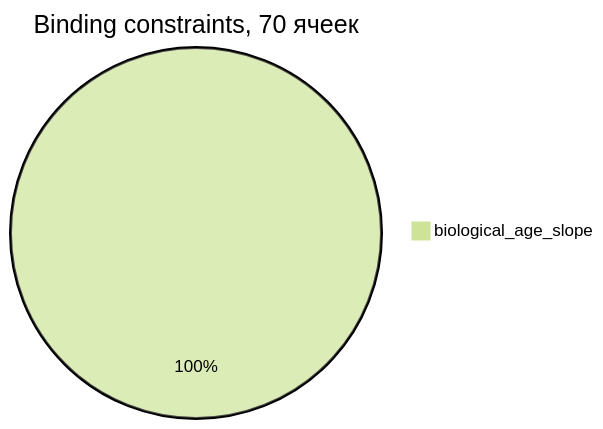
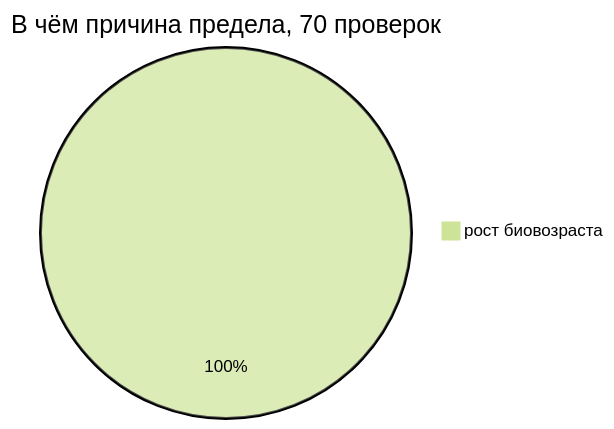
Before and after one commit to VohminV/human-longevity-research: the second of 3 diagrams in PRESENTATION.md, drawn with Mermaid (forest theme). The commit also changed other lines of this file and 23 other files, not shown here.

````diff
--- a/PRESENTATION.md
+++ b/PRESENTATION.md
@@ -165,4 +181,4 @@
 ```mermaid
-pie title Binding constraints, 70 ячеек
-    "biological_age_slope" : 70
+pie title В чём причина предела, 70 проверок
+    "рост биовозраста" : 70
 ```
````
